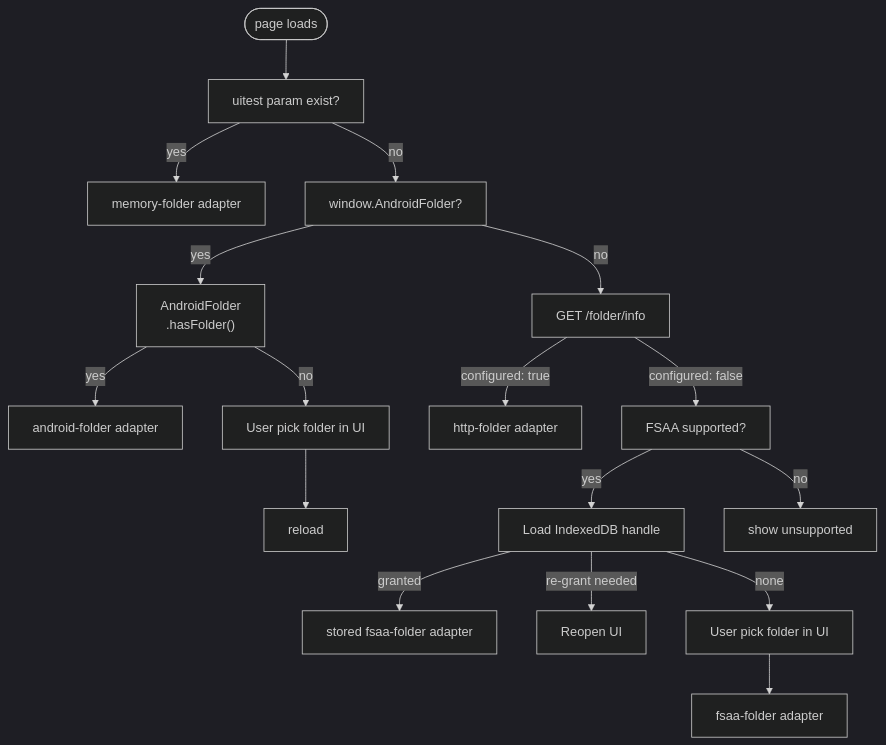
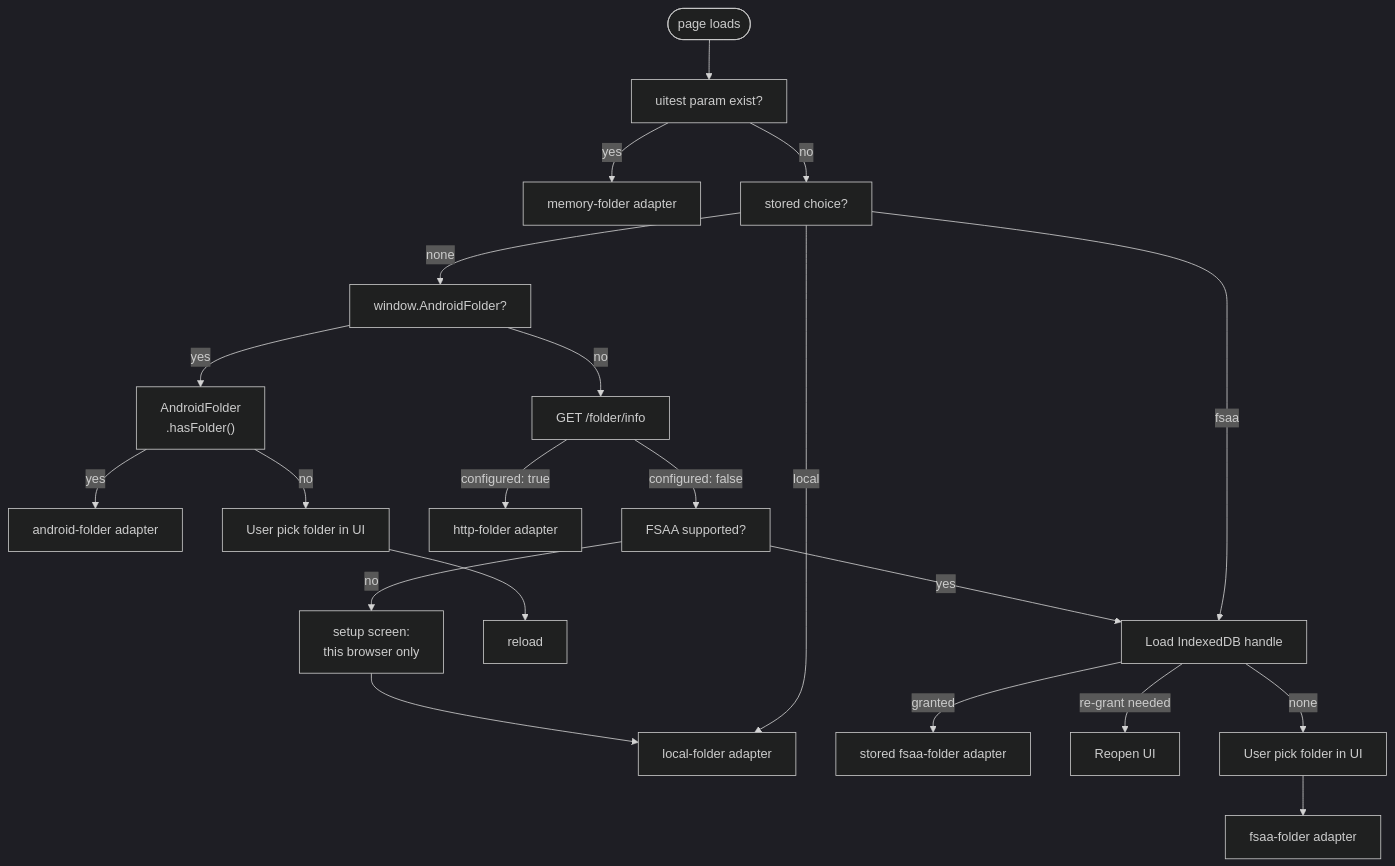
Before and after one commit to tuannamtruong/checklist_app: the diagram in docs/architecture.md, drawn with Mermaid (dark theme). The commit also changed other lines of this file and 33 other files, not shown here.

````diff
--- a/docs/architecture.md
+++ b/docs/architecture.md
@@ -102,24 +104,29 @@
 ```mermaid
 flowchart TD
     S([page loads]) --> S1[uitest param exist?]
     S1 -->|yes| S2A[memory-folder adapter]
-    S1 -->|no| S2B[window.AndroidFolder?]
-    
+    S1 -->|no| S2M[stored choice?]
+
+    S2M -->|local| S3L[local-folder adapter]
+    S2M -->|fsaa| S5B
+    S2M -->|none| S2B[window.AndroidFolder?]
+
     S2B -->|yes| S3A["AndroidFolder<br/>.hasFolder()"]
     S2B -->|no| S3B["GET /folder/info"]
-    
+
     S3A -->|yes| S4A["android-folder adapter"]
     S3A -->|no| S4B["User pick folder in UI"]
     S3B -->|configured: true| S4C["http-folder adapter"]
     S3B -->|configured: false| S4D["FSAA supported?"]
 
     S4B -->S5A["reload"]
     S4D -->|yes| S5B["Load IndexedDB handle"]
-    S4D -->|no| S5C["show unsupported"]
+    S4D -->|no| S5C["setup screen:<br/>this browser only"]
 
     S5B -->|granted| S6A["stored fsaa-folder adapter"]
     S5B -->|re-grant needed| S6B["Reopen UI"]
     S5B -->|none| S6C["User pick folder in UI"]
-    
+
+    S5C -->S3L
     S6C -->S7A["fsaa-folder adapter"]
 ```
````
